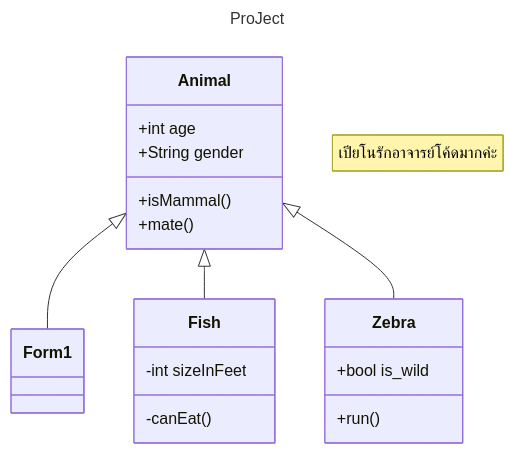
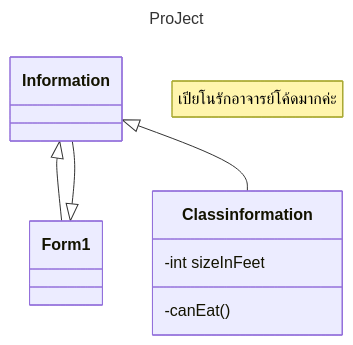
Before and after one commit to Natithorn/Test: the diagram in README.md, drawn with Mermaid.

````diff
--- a/README.md
+++ b/README.md
@@ -1,22 +1,15 @@
 ```mermaid
 ---
 title: ProJect
 ---
 classDiagram
     note "เปียโนรักอาจารย์โค้ดมากค่ะ"
-    Animal <|-- Form1
-    Animal <|-- Fish
-    Animal <|-- Zebra
-    Animal : +int age
-    Animal : +String gender
-    Animal: +isMammal()
-    Animal: +mate()
-    class Fish{
+    Information <|-- Form1
+    Information --|> Form1
+    Information <|-- Classinformation
+    class Classinformation{
         -int sizeInFeet
         -canEat()
     }
-    class Zebra{
-        +bool is_wild
-        +run()
-    }
+
 ```
````
